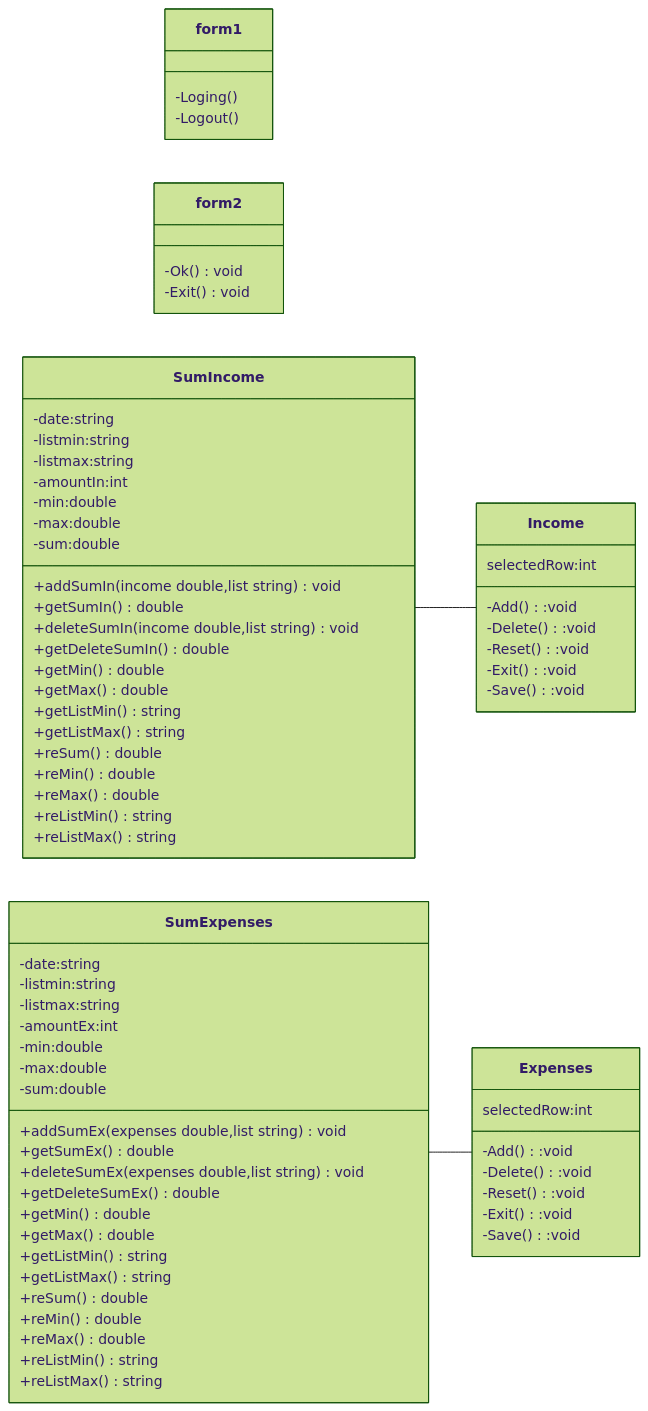
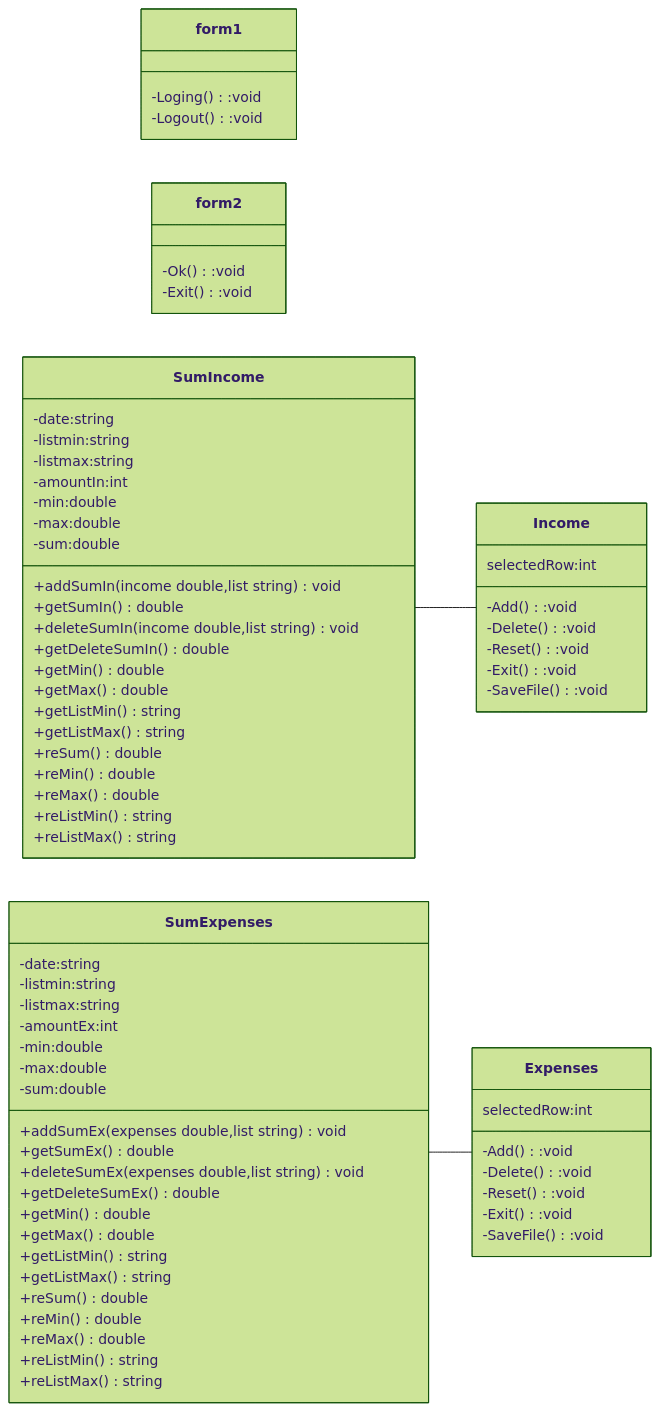
One commit to Naphapilan/Final-Project changed the diagram in README.md. Above: the diagram before and after it, drawn with Mermaid (forest theme).

````diff
--- a/README.md
+++ b/README.md
@@ -15,74 +15,74 @@
 ```mermaid
 classDiagram
   direction LR
   class form1{
-  -Loging()
-  -Logout()
+  -Loging():void
+  -Logout():void
   }
   class form2{
-  -Ok()void
-  -Exit()void
+  -Ok():void
+  -Exit():void
   }
   class Income{
   selectedRow:int 
   -Add():void
   -Delete():void
   -Reset():void
   -Exit():void
-  -Save():void
+  -SaveFile():void
   }
   class Expenses{
    selectedRow:int 
   -Add():void
   -Delete():void
   -Reset():void
   -Exit():void
-  -Save():void
+  -SaveFile():void
   }
   class SumIncome{
   -date:string
   -listmin:string
   -listmax:string
   -amountIn:int
   -min:double
   -max:double
   -sum:double
   +addSumIn(income double,list string)void
   +getSumIn()double
   +deleteSumIn(income double,list string)void
   +getDeleteSumIn()double
   +getMin()double
   +getMax()double
   +getListMin()string
   +getListMax()string
   +reSum()double
   +reMin()double
   +reMax()double
   +reListMin()string
   +reListMax()string
   }
   class SumExpenses{
   -date:string
   -listmin:string
   -listmax:string
   -amountEx:int
   -min:double
   -max:double
   -sum:double
   +addSumEx(expenses double,list string)void
   +getSumEx()double
   +deleteSumEx(expenses double,list string)void
   +getDeleteSumEx()double
   +getMin()double
   +getMax()double
   +getListMin()string
   +getListMax()string
   +reSum()double
   +reMin()double
   +reMax()double
   +reListMin()string
   +reListMax()string
   }
   SumExpenses -- Expenses
   SumIncome -- Income
 ```
````
